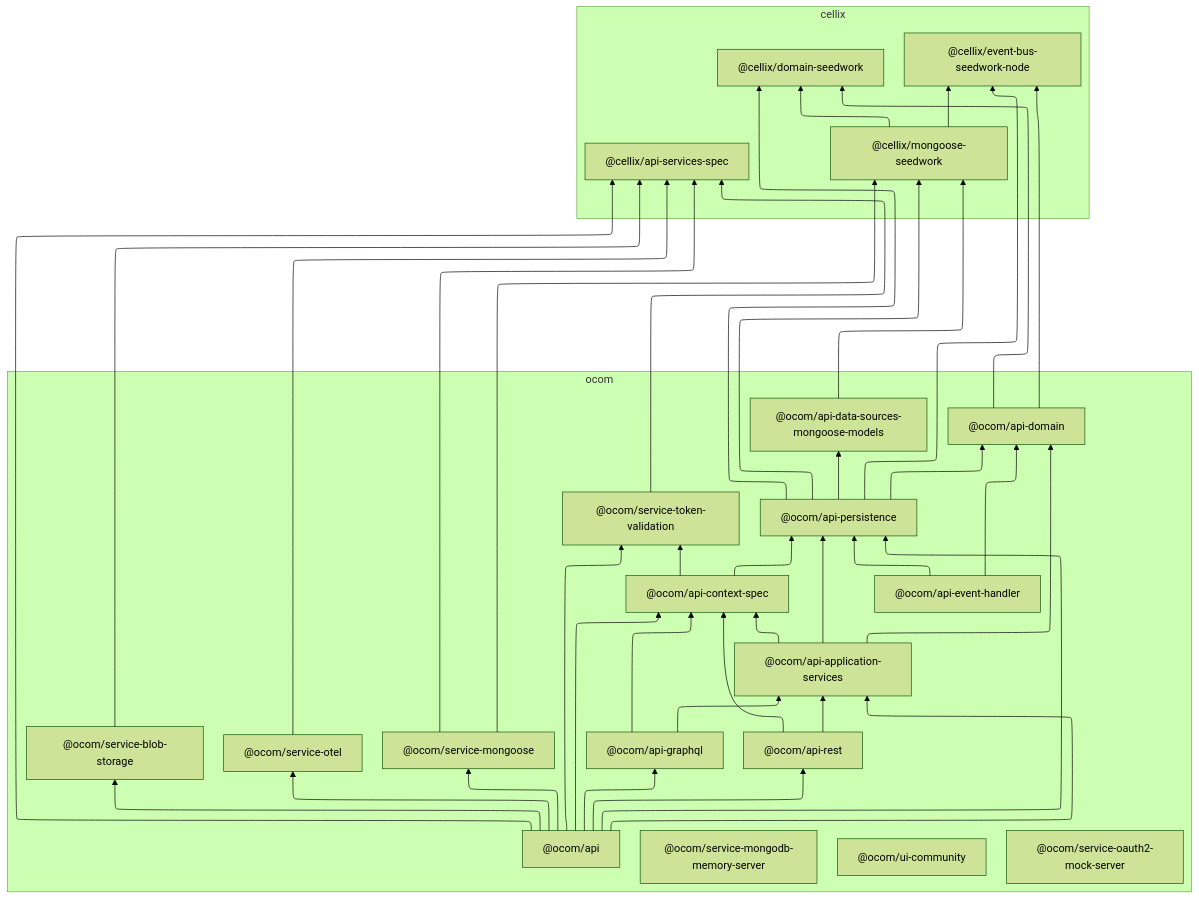
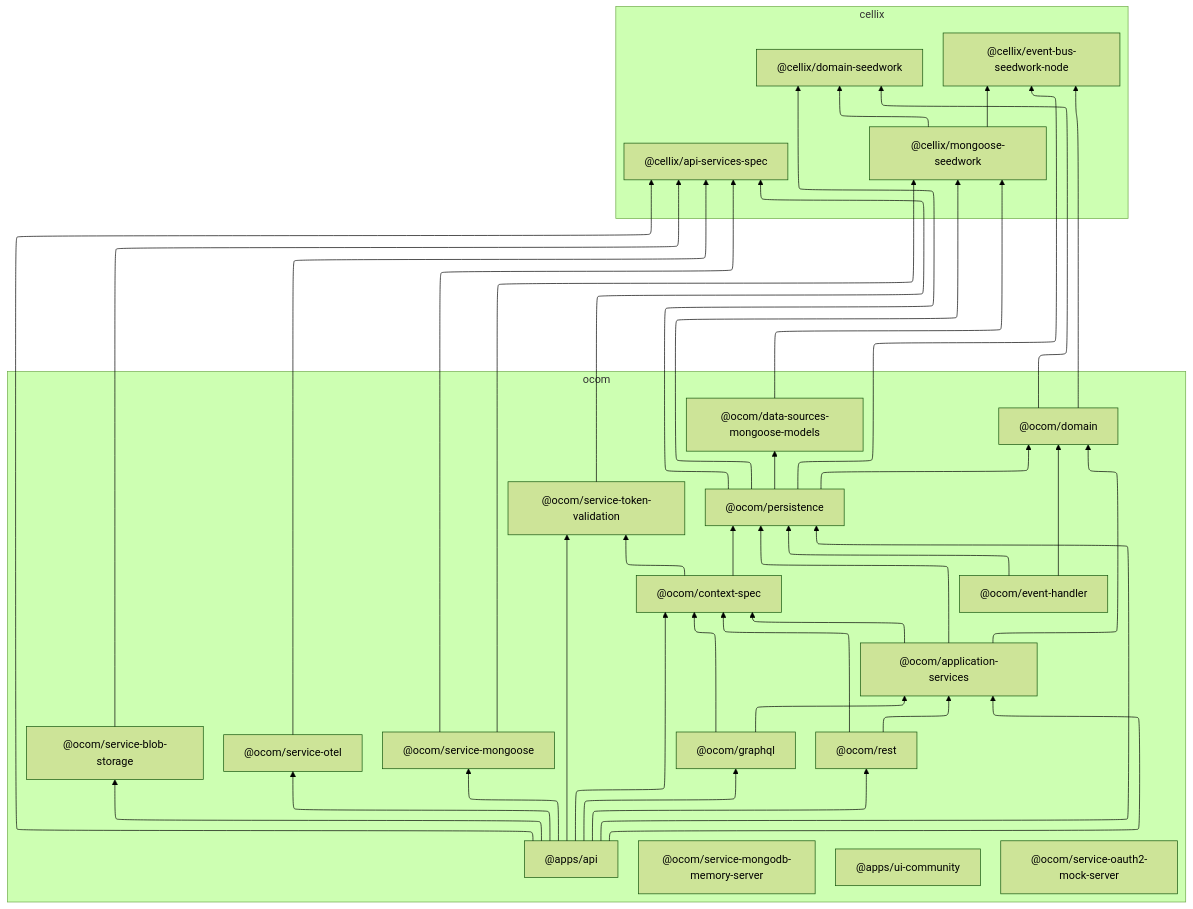
One commit to CellixJs/cellixjs changed the diagram in readme.md. Above: the diagram before and after it, drawn with Mermaid (forest theme). The commit also changed 28 other files, not shown here.

First line of the commit message:
refactor: rename packages from @ocom to @apps

```diff
--- a/readme.md
+++ b/readme.md
@@ -178,15 +178,15 @@
   subgraph ocom
     direction TB
     %% API and services
-    ocom_api["@ocom/api"]
-    ocom_api_graphql["@ocom/api-graphql"]
-    ocom_api_rest["@ocom/api-rest"]
-    ocom_api_application_services["@ocom/api-application-services"]
-    ocom_api_context_spec["@ocom/api-context-spec"]
-    ocom_api_event_handler["@ocom/api-event-handler"]
-    ocom_api_domain["@ocom/api-domain"]
-    ocom_api_persistence["@ocom/api-persistence"]
-    ocom_api_ds_mongoose_models["@ocom/api-data-sources-mongoose-models"]
+    ocom_api["@apps/api"]
+    ocom_api_graphql["@ocom/graphql"]
+    ocom_api_rest["@ocom/rest"]
+    ocom_api_application_services["@ocom/application-services"]
+    ocom_api_context_spec["@ocom/context-spec"]
+    ocom_api_event_handler["@ocom/event-handler"]
+    ocom_api_domain["@ocom/domain"]
+    ocom_api_persistence["@ocom/persistence"]
+    ocom_api_ds_mongoose_models["@ocom/data-sources-mongoose-models"]
 
     %% Infra services (OCom)
     ocom_service_mongoose["@ocom/service-mongoose"]
@@ -197,7 +197,7 @@
     %% Local dev + UI
     ocom_service_oauth2_mock_server["@ocom/service-oauth2-mock-server"]
     ocom_service_mongodb_memory_server["@ocom/service-mongodb-memory-server"]
-    ocom_ui_community["@ocom/ui-community"]
+    ocom_ui_community["@apps/ui-community"]
   end
 
   subgraph cellix
```
